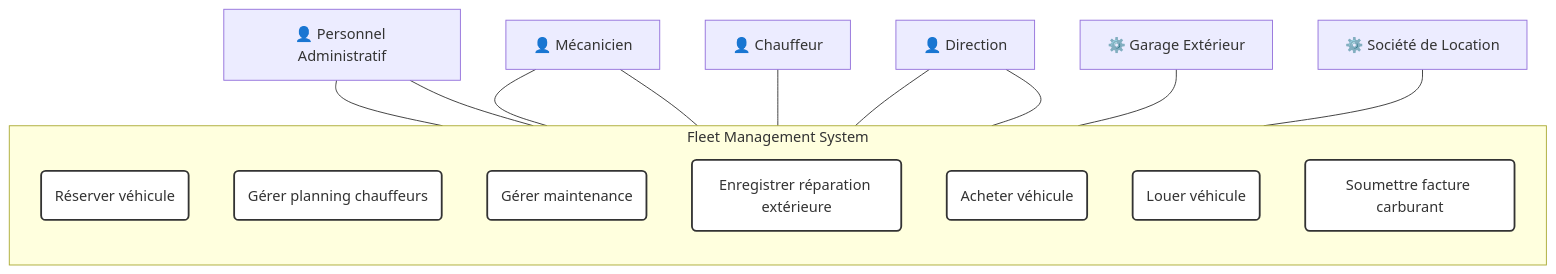
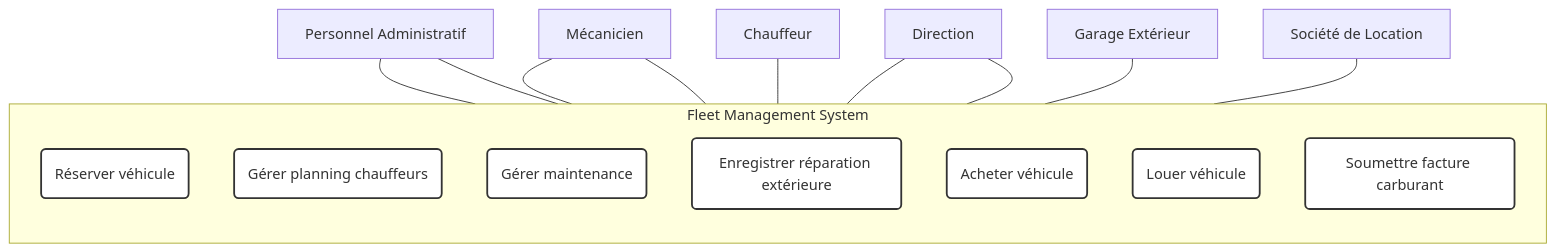
Before and after one commit to Vtheonly/Obsidian_Notes: diagram 16 of 34 in Master 1/S2/Advanced Code Patterns/Chapter 1.1: Use Case Diagram/00100 Excercise.md, drawn with Mermaid. The commit also changed other lines of this file and 3934 other files, not shown here.

````diff
--- a/Master 1/S2/Advanced Code Patterns/Chapter 1.1: Use Case Diagram/00100 Excercise.md
+++ b/Master 1/S2/Advanced Code Patterns/Chapter 1.1: Use Case Diagram/00100 Excercise.md
@@ -810,32 +810,32 @@
 ```mermaid
 graph TD
     subgraph Fleet Management System
         direction TB
         UC_Book(Réserver véhicule)
         UC_Drivers(Gérer planning chauffeurs)
         UC_Maint(Gérer maintenance)
         UC_Repair(Enregistrer réparation extérieure)
         UC_Buy(Acheter véhicule)
         UC_Rent(Louer véhicule)
         UC_Fuel(Soumettre facture carburant)
     end
     
-    A_Admin["👤 Personnel Administratif"] --- UC_Book
+    A_Admin[" Personnel Administratif"] --- UC_Book
     A_Admin --- UC_Drivers
-    A_Mechanic["👤 Mécanicien"] --- UC_Maint
+    A_Mechanic[" Mécanicien"] --- UC_Maint
     A_Mechanic --- UC_Repair
-    A_Driver["👤 Chauffeur"] --- UC_Fuel
-    A_Mgmt["👤 Direction"] --- UC_Buy
+    A_Driver[" Chauffeur"] --- UC_Fuel
+    A_Mgmt[" Direction"] --- UC_Buy
     A_Mgmt --- UC_Rent
     
-    A_Garage["⚙️ Garage Extérieur"] --- UC_Repair
-    A_Rental["⚙️ Société de Location"] --- UC_Rent
+    A_Garage[" Garage Extérieur"] --- UC_Repair
+    A_Rental[" Société de Location"] --- UC_Rent
     
     style UC_Book fill:#fff,stroke:#333,stroke-width:2px;
     style UC_Drivers fill:#fff,stroke:#333,stroke-width:2px;
     style UC_Maint fill:#fff,stroke:#333,stroke-width:2px;
     style UC_Repair fill:#fff,stroke:#333,stroke-width:2px;
     style UC_Buy fill:#fff,stroke:#333,stroke-width:2px;
     style UC_Rent fill:#fff,stroke:#333,stroke-width:2px;
     style UC_Fuel fill:#fff,stroke:#333,stroke-width:2px;
 ```
````
